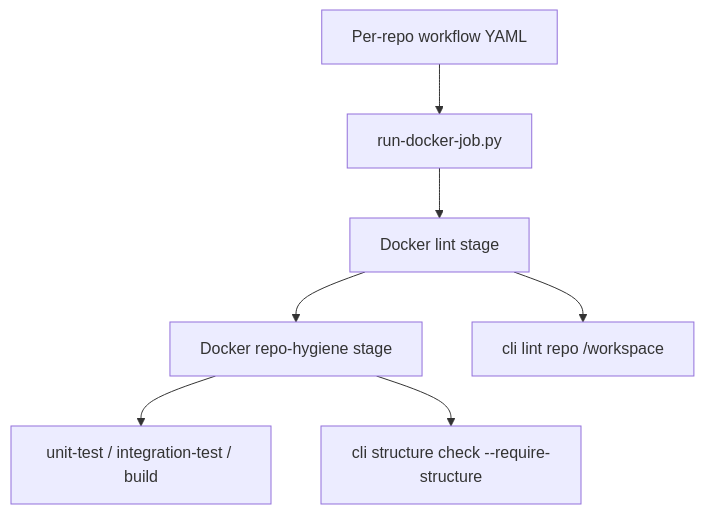
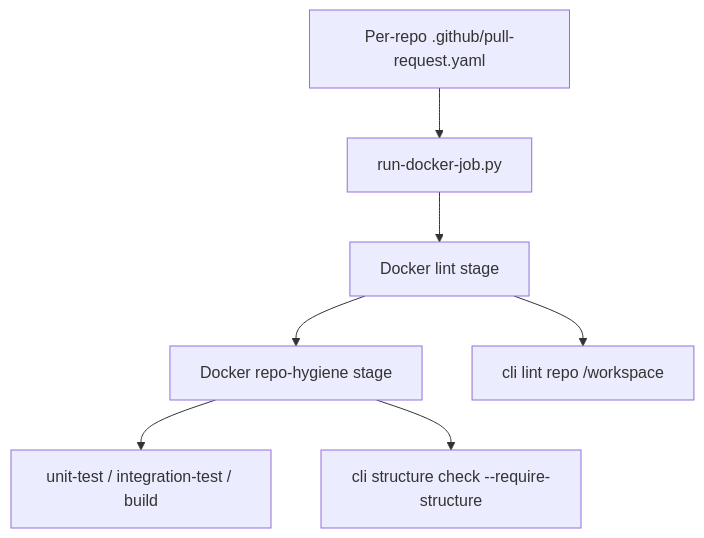
One commit to gardusig/cli changed the diagram in docs/plans/repository-contract.md. Above: the diagram before and after it, drawn with Mermaid. The commit also changed other lines of this file and 2 other files, not shown here.

First line of the commit message:
Resolve pull-request pipeline configs from app repos first.

````diff
--- a/docs/plans/repository-contract.md
+++ b/docs/plans/repository-contract.md
@@ -85,9 +87,9 @@
 ```mermaid
 flowchart TB
-  workflowConfig["Per-repo workflow YAML"] --> runDockerJob["run-docker-job.py"]
+  workflowConfig["Per-repo .github/pull-request.yaml"] --> runDockerJob["run-docker-job.py"]
   runDockerJob --> lintStage["Docker lint stage"]
   lintStage --> structureStage["Docker repo-hygiene stage"]
   structureStage --> testStages["unit-test / integration-test / build"]
   lintStage --> cliLint["cli lint repo /workspace"]
   structureStage --> cliStructure["cli structure check --require-structure"]
 ```
````
